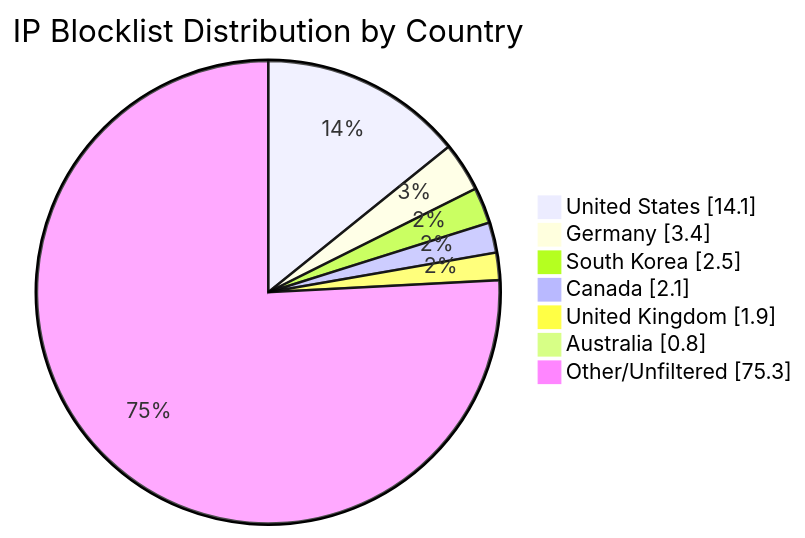
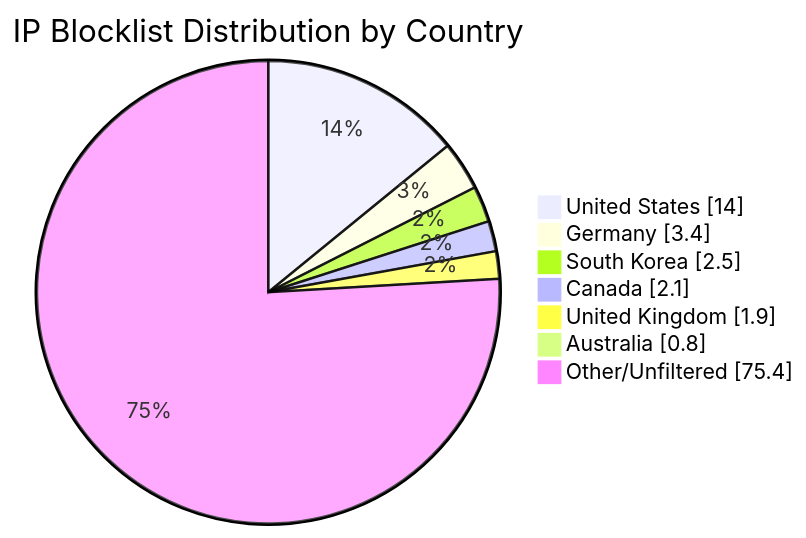
One commit to MarcusHoltz/ipblocklist-geofiltered-aggregator changed the diagram in README.md. Above: the diagram before and after it, drawn with Mermaid. The commit also changed other lines of this file and 9 other files, not shown here.

````diff
--- a/README.md
+++ b/README.md
@@ -34,10 +34,10 @@
 ```mermaid
 pie showData title IP Blocklist Distribution by Country
-"United States" : 14.1
+"United States" : 14.0
 "Germany" : 3.4
 "South Korea" : 2.5
 "Canada" : 2.1
 "United Kingdom" : 1.9
 "Australia" : 0.8
-"Other/Unfiltered" : 75.3
+"Other/Unfiltered" : 75.4
 ```
````
